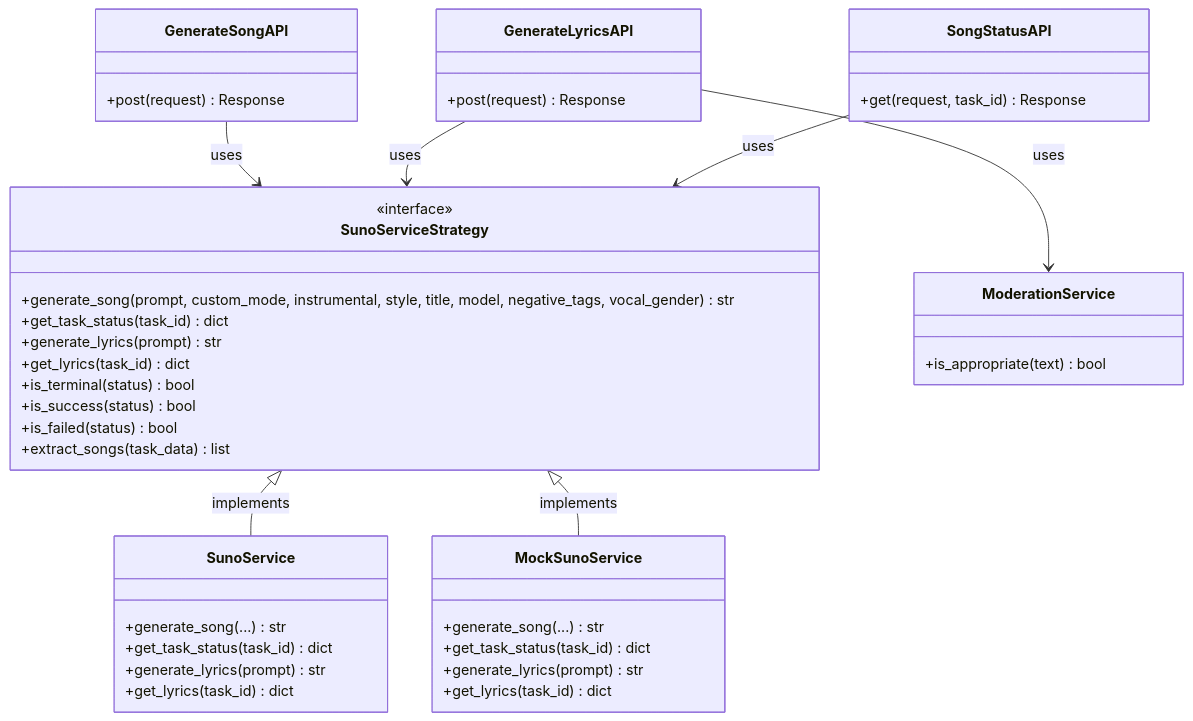
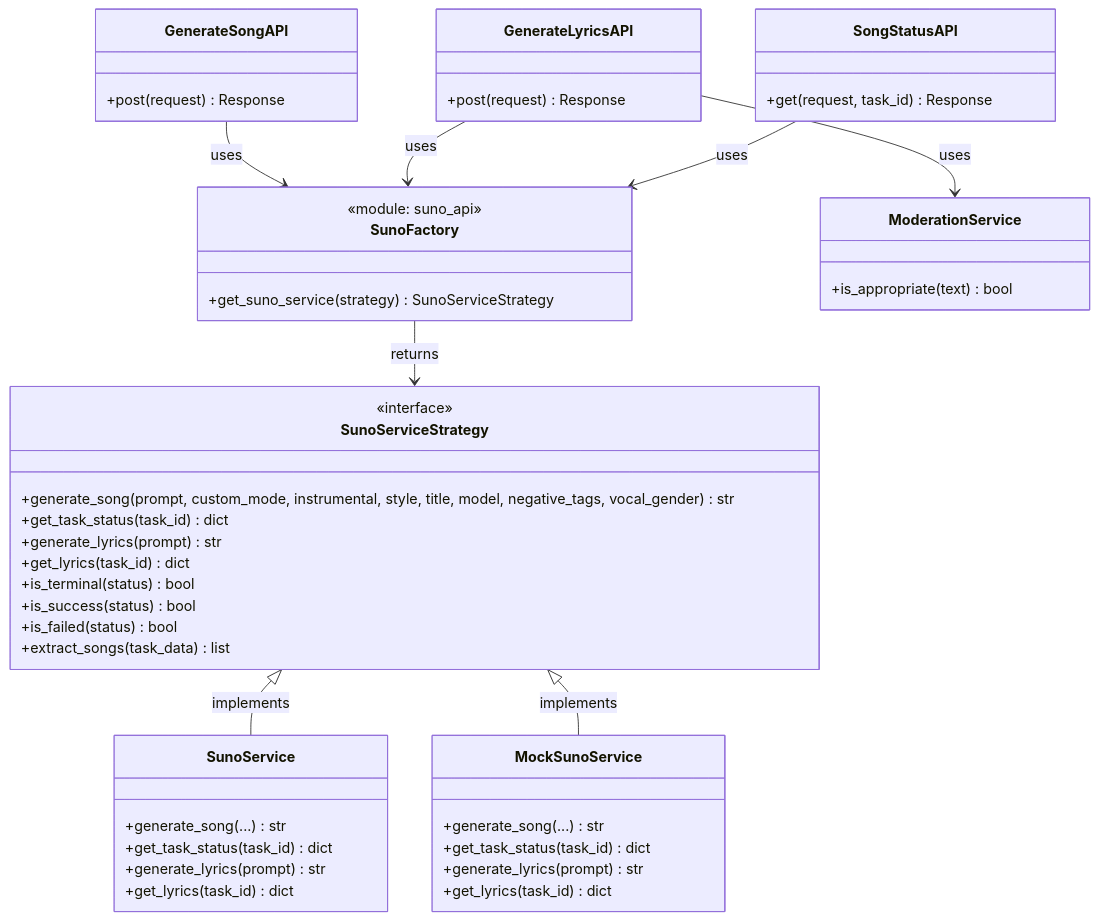
The first of 2 diagrams in README.md (ScUth/Jangplen), drawn with Mermaid before and after one commit. The commit also changed other lines of this file and 15 other files, not shown here.

````diff
--- a/README.md
+++ b/README.md
@@ -214,51 +231,57 @@
 ```mermaid
 classDiagram
     class SunoServiceStrategy {
         <<interface>>
         +generate_song(prompt, custom_mode, instrumental, style, title, model, negative_tags, vocal_gender) str
         +get_task_status(task_id) dict
         +generate_lyrics(prompt) str
         +get_lyrics(task_id) dict
         +is_terminal(status) bool
         +is_success(status) bool
         +is_failed(status) bool
         +extract_songs(task_data) list
     }
 
     class SunoService {
         +generate_song(...) str
         +get_task_status(task_id) dict
         +generate_lyrics(prompt) str
         +get_lyrics(task_id) dict
     }
 
     class MockSunoService {
         +generate_song(...) str
         +get_task_status(task_id) dict
         +generate_lyrics(prompt) str
         +get_lyrics(task_id) dict
     }
 
+    class SunoFactory {
+        <<module: suno_api>>
+        +get_suno_service(strategy) SunoServiceStrategy
+    }
+
     class ModerationService {
         +is_appropriate(text) bool
     }
 
     class GenerateSongAPI {
         +post(request) Response
     }
 
     class GenerateLyricsAPI {
         +post(request) Response
     }
     
     class SongStatusAPI {
         +get(request, task_id) Response
     }
 
     SunoServiceStrategy <|-- SunoService : implements
     SunoServiceStrategy <|-- MockSunoService : implements
-    GenerateSongAPI --> SunoServiceStrategy : uses
-    GenerateLyricsAPI --> SunoServiceStrategy : uses
+    SunoFactory --> SunoServiceStrategy : returns
+    GenerateSongAPI --> SunoFactory : uses
+    GenerateLyricsAPI --> SunoFactory : uses
     GenerateLyricsAPI --> ModerationService : uses
-    SongStatusAPI --> SunoServiceStrategy : uses
+    SongStatusAPI --> SunoFactory : uses
 ```
````
